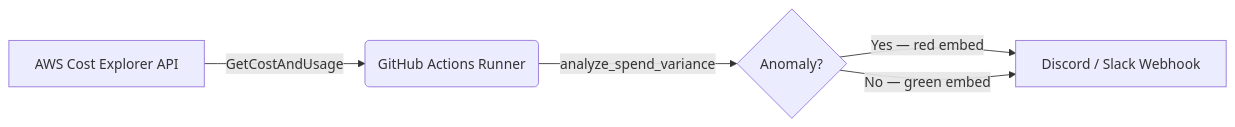
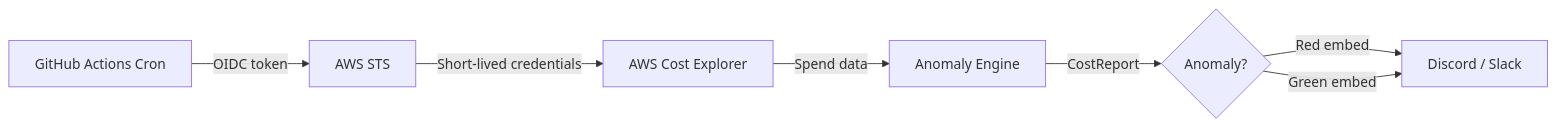
The diagram in README.md (krishsonvane14/aws-cost-guard), drawn with Mermaid before and after one commit. The commit also changed other lines of this file and 25 other files, not shown here.

````diff
--- a/README.md
+++ b/README.md
@@ -32,7 +14,9 @@
 ```mermaid
 graph LR
-    A[AWS Cost Explorer API] -->|GetCostAndUsage| B(GitHub Actions Runner)
-    B -->|analyze_spend_variance| C{Anomaly?}
-    C -->|Yes — red embed| D[Discord / Slack Webhook]
-    C -->|No — green embed| D
+    A[GitHub Actions Cron] -->|OIDC token| B[AWS STS]
+    B -->|Short-lived credentials| C[AWS Cost Explorer]
+    C -->|Spend data| D[Anomaly Engine]
+    D -->|CostReport| E{Anomaly?}
+    E -->|Red embed| F[Discord / Slack]
+    E -->|Green embed| F
 ```
````
